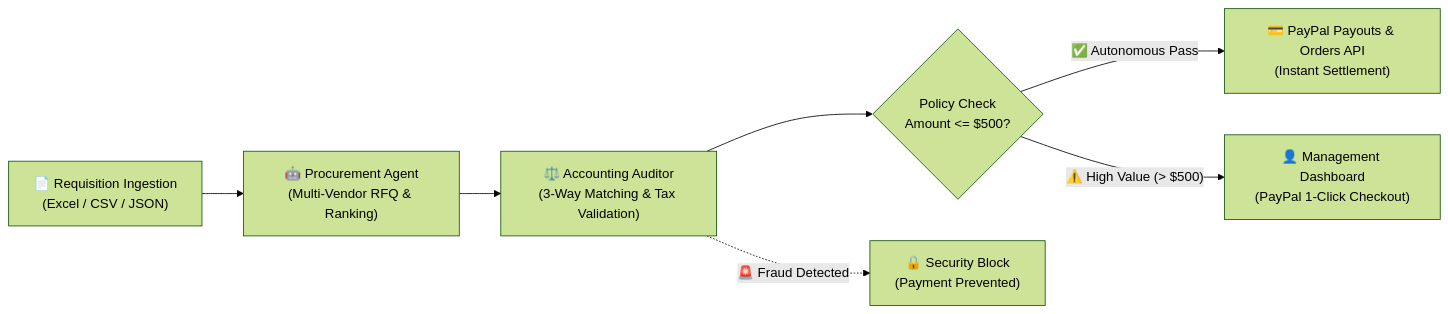
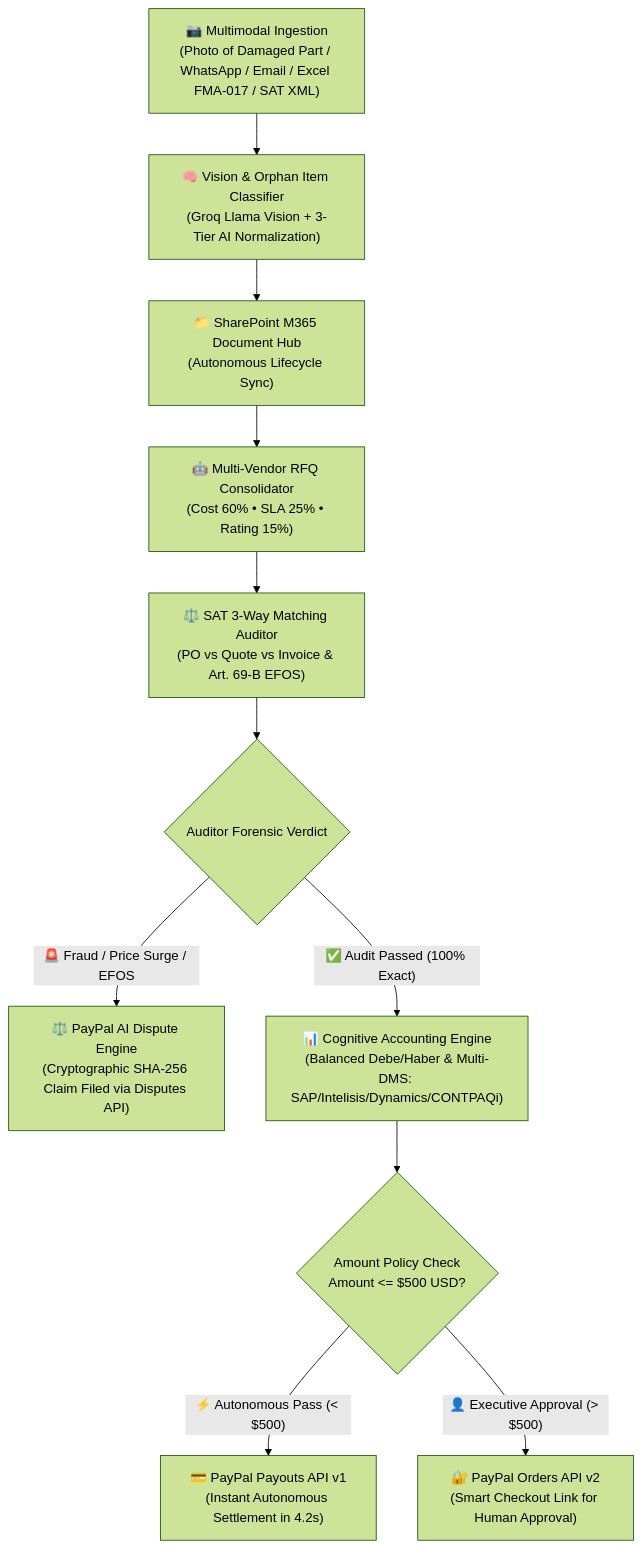
Before and after one commit to w95690789-afk/procurepay-ai: the diagram in README.md, drawn with Mermaid (forest theme). The commit also changed other lines of this file, not shown here.

Commit message:
docs: comprehensive update to README.md covering FINNOVA architecture, vision, PayPal disputes and multi-DMS

````diff
--- a/README.md
+++ b/README.md
@@ -19,9 +27,15 @@
 ```mermaid
-graph LR
-    A["📄 Requisition Ingestion<br/>(Excel / CSV / JSON)"] --> B["🤖 Procurement Agent<br/>(Multi-Vendor RFQ & Ranking)"]
-    B --> C["⚖️ Accounting Auditor<br/>(3-Way Matching & Tax Validation)"]
-    C --> D{"Policy Check<br/>Amount <= $500?"}
-    D -->|"✅ Autonomous Pass"| E["💳 PayPal Payouts & Orders API<br/>(Instant Settlement)"]
-    D -->|"⚠️ High Value (> $500)"| F["👤 Management Dashboard<br/>(PayPal 1-Click Checkout)"]
-    C -.->|"🚨 Fraud Detected"| G["🔒 Security Block<br/>(Payment Prevented)"]
+graph TD
+    A["📷 Multimodal Ingestion<br/>(Photo of Damaged Part / WhatsApp / Email / Excel FMA-017 / SAT XML)"] --> B["🧠 Vision & Orphan Item Classifier<br/>(Groq Llama Vision + 3-Tier AI Normalization)"]
+    B --> C["📁 SharePoint M365 Document Hub<br/>(Autonomous Lifecycle Sync)"]
+    C --> D["🤖 Multi-Vendor RFQ Consolidator<br/>(Cost 60% • SLA 25% • Rating 15%)"]
+    D --> E["⚖️ SAT 3-Way Matching Auditor<br/>(PO vs Quote vs Invoice & Art. 69-B EFOS)"]
+    E --> F{"Auditor Forensic Verdict"}
+    
+    F -->|"🚨 Fraud / Price Surge / EFOS"| G["⚖️ PayPal AI Dispute Engine<br/>(Cryptographic SHA-256 Claim Filed via Disputes API)"]
+    F -->|"✅ Audit Passed (100% Exact)"| H["📊 Cognitive Accounting Engine<br/>(Balanced Debe/Haber & Multi-DMS: SAP/Intelisis/Dynamics/CONTPAQi)"]
+    
+    H --> I{"Amount Policy Check<br/>Amount <= $500 USD?"}
+    I -->|"⚡ Autonomous Pass (< $500)"| J["💳 PayPal Payouts API v1<br/>(Instant Autonomous Settlement in 4.2s)"]
+    I -->|"👤 Executive Approval (> $500)"| K["🔐 PayPal Orders API v2<br/>(Smart Checkout Link for Human Approval)"]
 ```
````
